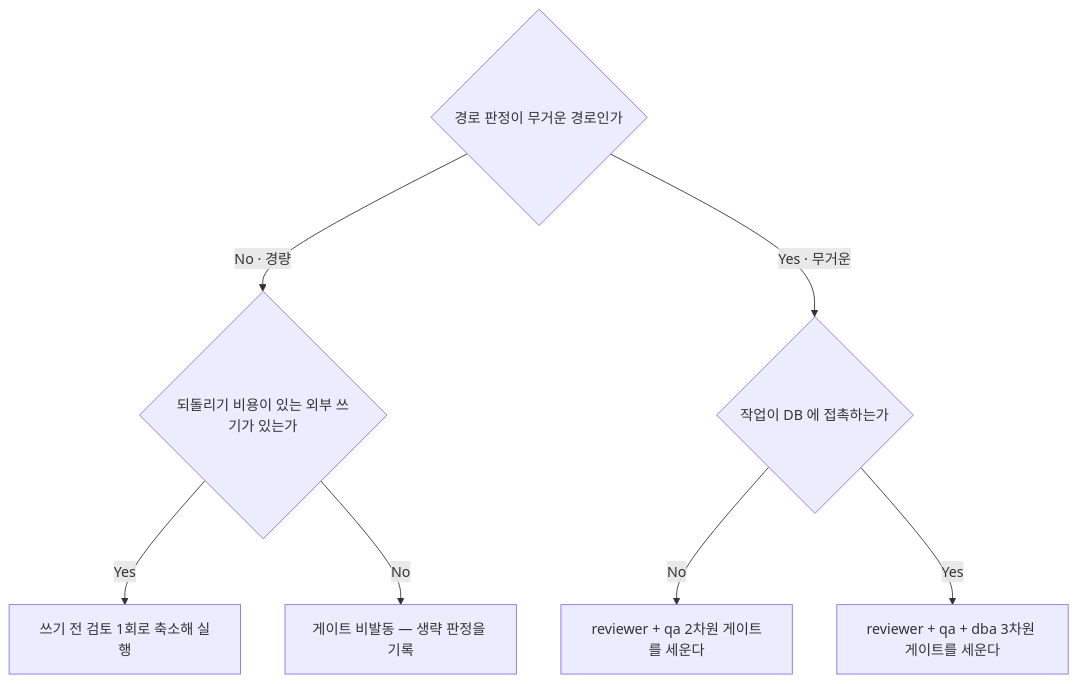
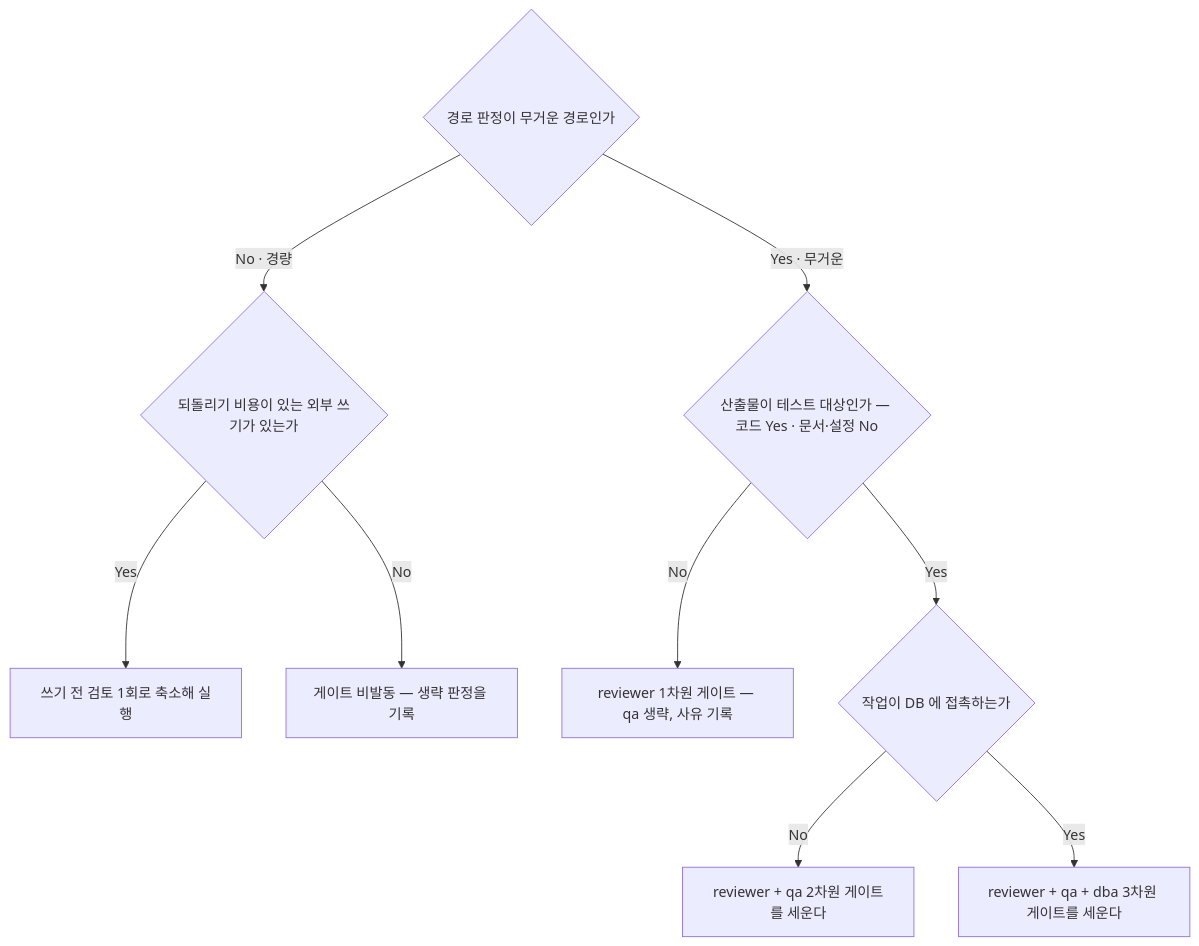
The second of 4 diagrams in plugins/atelier/skills/orchestrator/references/review-gates.md (kys0213/kys-claude-plugin), drawn with Mermaid before and after one commit. The commit also changed other lines of this file, not shown here.

Commit message:
docs(atelier): close review-gates graph gaps
Claude-Session: https://claude.ai/code/session_01Vt5moNL8n8oWS3W9Kgfozc

````diff
--- a/plugins/atelier/skills/orchestrator/references/review-gates.md
+++ b/plugins/atelier/skills/orchestrator/references/review-gates.md
@@ -62,16 +63,12 @@
 ```mermaid
 flowchart TD
   D30_q1{"경로 판정이 무거운 경로인가"}
-  D30_q2{"되돌리기 비용이 있는 외부 쓰기가 있는가"}
-  D30_q3{"작업이 DB 에 접촉하는가"}
-  D30_t1["쓰기 전 검토 1회로 축소해 실행"]
-  D30_t2["게이트 비발동 — 생략 판정을 기록"]
-  D30_t3["reviewer + qa 2차원 게이트를 세운다"]
-  D30_t4["reviewer + qa + dba 3차원 게이트를 세운다"]
-  D30_q1 -->|No · 경량| D30_q2
-  D30_q1 -->|Yes · 무거운| D30_q3
-  D30_q2 -->|Yes| D30_t1
-  D30_q2 -->|No| D30_t2
-  D30_q3 -->|No| D30_t3
-  D30_q3 -->|Yes| D30_t4
+  D30_q1 -->|No · 경량| D30_q2{"되돌리기 비용이 있는 외부 쓰기가 있는가"}
+  D30_q1 -->|Yes · 무거운| D30_q3{"산출물이 테스트 대상인가 — 코드 Yes · 문서·설정 No"}
+  D30_q2 -->|Yes| D30_t1["쓰기 전 검토 1회로 축소해 실행"]
+  D30_q2 -->|No| D30_t2["게이트 비발동 — 생략 판정을 기록"]
+  D30_q3 -->|No| D30_t5["reviewer 1차원 게이트 — qa 생략, 사유 기록"]
+  D30_q3 -->|Yes| D30_q4{"작업이 DB 에 접촉하는가"}
+  D30_q4 -->|No| D30_t3["reviewer + qa 2차원 게이트를 세운다"]
+  D30_q4 -->|Yes| D30_t4["reviewer + qa + dba 3차원 게이트를 세운다"]
 ```
````
